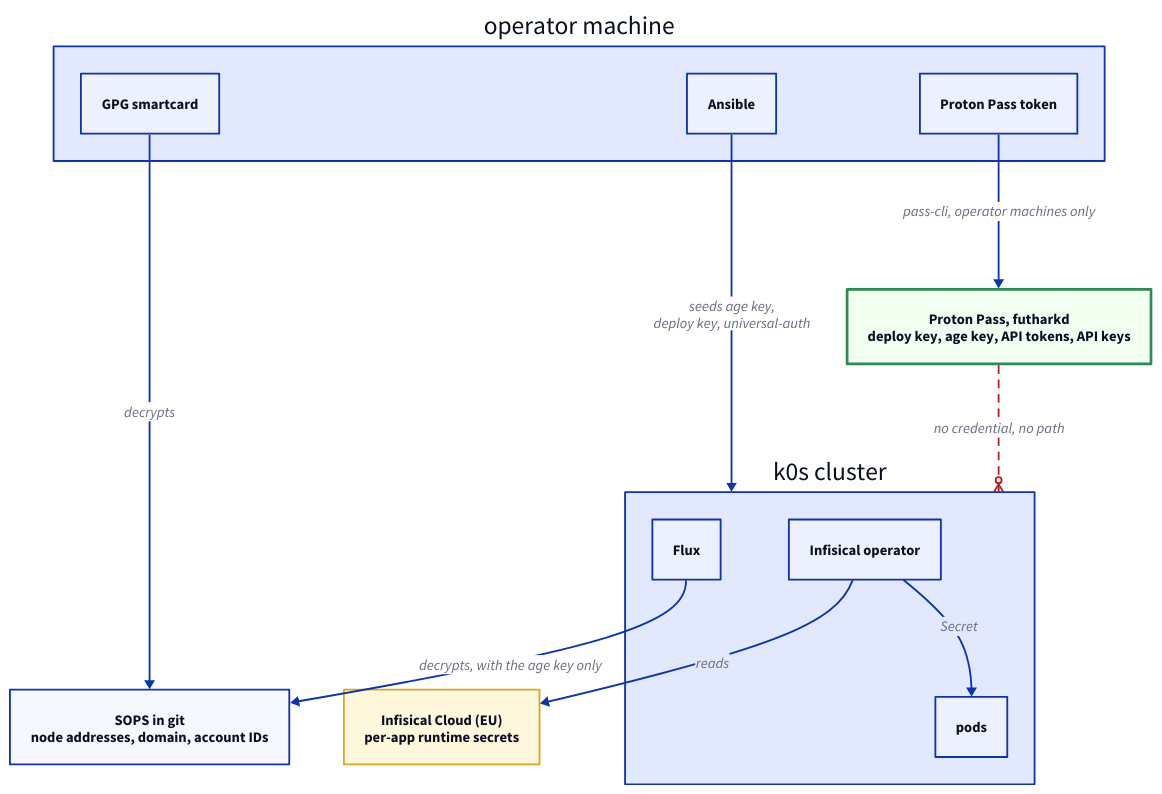
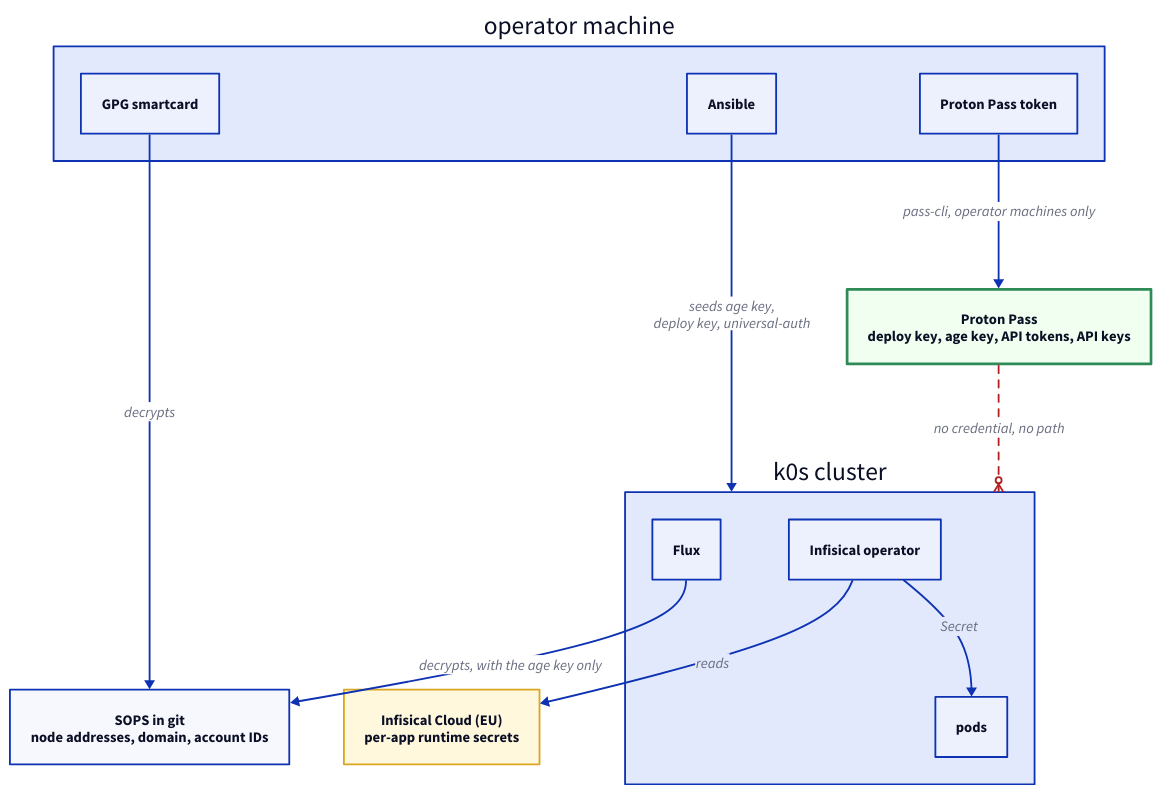
Before and after one commit to brewcoua/futhark: the diagram in docs/src/conventions/secrets.md, drawn with D2. The commit also changed other lines of this file and 89 other files, not shown here.

````diff
--- a/docs/src/conventions/secrets.md
+++ b/docs/src/conventions/secrets.md
@@ -35,56 +35,56 @@
 ```d2
 direction: down
 
 classes: {
   boundary: {
     style: {
       stroke-width: 3
       stroke: seagreen
       fill: honeydew
     }
   }
   external: {
     style: {
       stroke: goldenrod
       fill: cornsilk
     }
   }
   denied: {
     style: {
       stroke: firebrick
       stroke-dash: 4
     }
   }
 }
 
 operator: operator machine {
   gpg: GPG smartcard
   ansible: Ansible
   pat: Proton Pass token
 }
 
-pass: "Proton Pass, futharkd\ndeploy key, age key, API tokens, API keys" {
+pass: "Proton Pass\ndeploy key, age key, API tokens, API keys" {
   class: boundary
 }
 sops: SOPS in git\nnode addresses, domain, account IDs
 infisical: "Infisical Cloud (EU)\nper-app runtime secrets" { class: external }
 
 cluster: k0s cluster {
   flux: Flux
   infop: Infisical operator
   pods: pods
   infop -> pods: Secret
 }
 
 operator.gpg -> sops: decrypts
 operator.pat -> pass: pass-cli, operator machines only
 operator.ansible -> cluster: seeds age key,\ndeploy key, universal-auth
 
 cluster.flux -> sops: decrypts, with the age key only
 cluster.infop -> infisical: reads
 
 pass -> cluster: "no credential, no path" {
   class: denied
   target-arrowhead.shape: cf-many
 }
 ```
````
